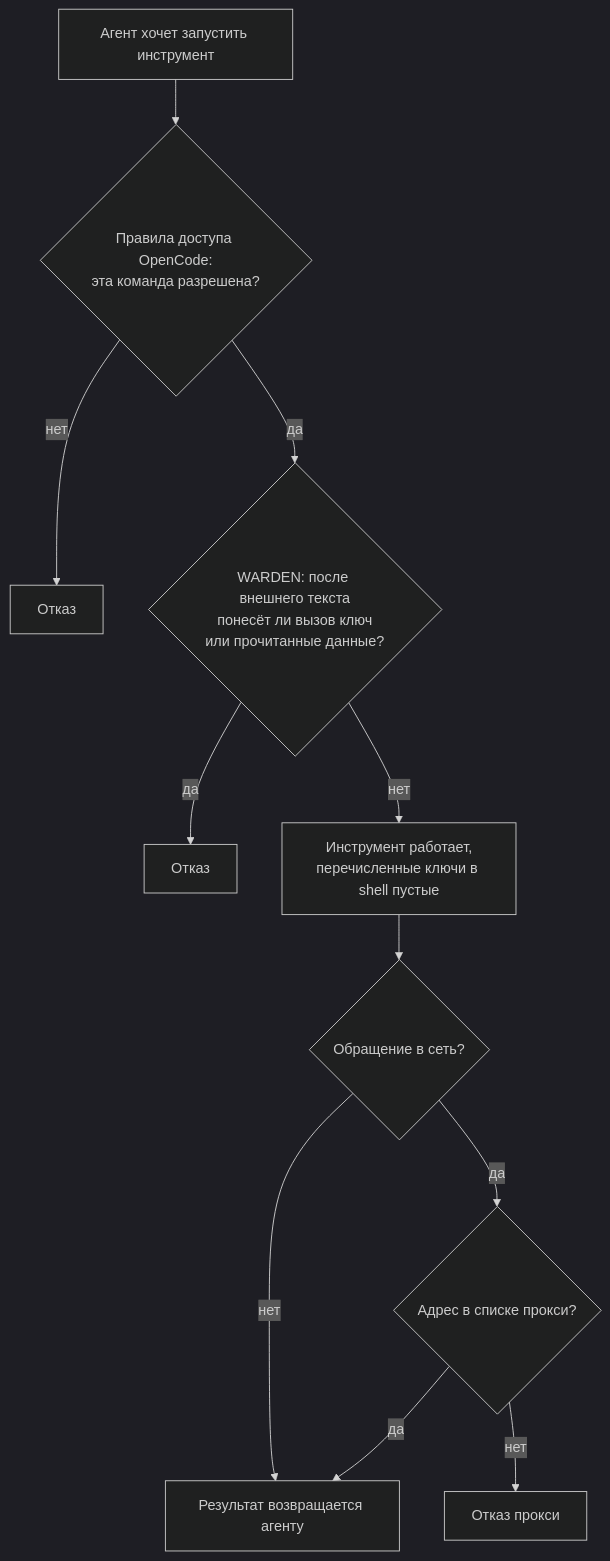
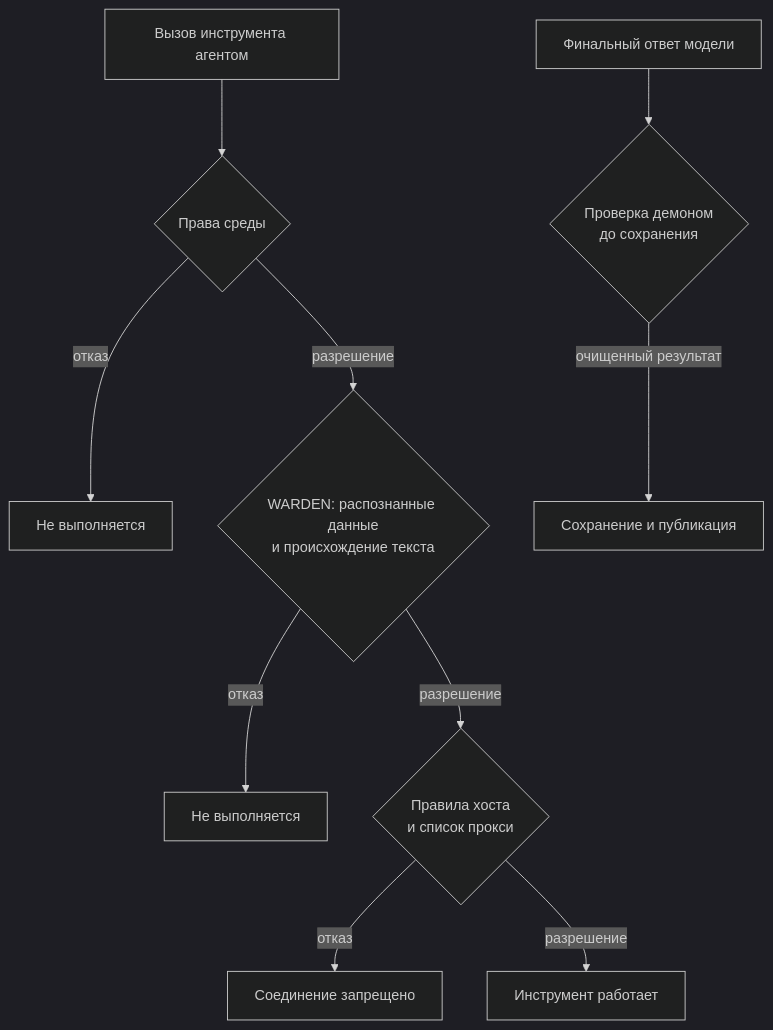
One commit to alexar76/aicom changed the third of 5 diagrams in multica/manual/README.ru.md. Above: the diagram before and after it, drawn with Mermaid (dark theme). The commit also changed other lines of this file and 3001 other files, not shown here.

````diff
--- a/multica/manual/README.ru.md
+++ b/multica/manual/README.ru.md
@@ -247,13 +366,12 @@
 ```mermaid
 flowchart TB
-  t["Агент хочет запустить инструмент"] --> p{"Правила доступа OpenCode:<br/>эта команда разрешена?"}
-  p -- "нет" --> r1["Отказ"]
-  p -- "да" --> w{"WARDEN: после внешнего текста<br/>понесёт ли вызов ключ<br/>или прочитанные данные?"}
-  w -- "да" --> r2["Отказ"]
-  w -- "нет" --> run["Инструмент работает,<br/>перечисленные ключи в shell пустые"]
-  run --> net{"Обращение в сеть?"}
-  net -- "нет" --> ok["Результат возвращается агенту"]
-  net -- "да" --> e{"Адрес в списке прокси?"}
-  e -- "нет" --> r3["Отказ прокси"]
-  e -- "да" --> ok
+  t["Вызов инструмента агентом"] --> p{"Права среды"}
+  p -- "отказ" --> r1["Не выполняется"]
+  p -- "разрешение" --> w{"WARDEN: распознанные данные<br/>и происхождение текста"}
+  w -- "отказ" --> r2["Не выполняется"]
+  w -- "разрешение" --> n{"Правила хоста<br/>и список прокси"}
+  n -- "отказ" --> r3["Соединение запрещено"]
+  n -- "разрешение" --> ok["Инструмент работает"]
+  a["Финальный ответ модели"] --> g{"Проверка демоном<br/>до сохранения"}
+  g -- "очищенный результат" --> s["Сохранение и публикация"]
 ```
````
